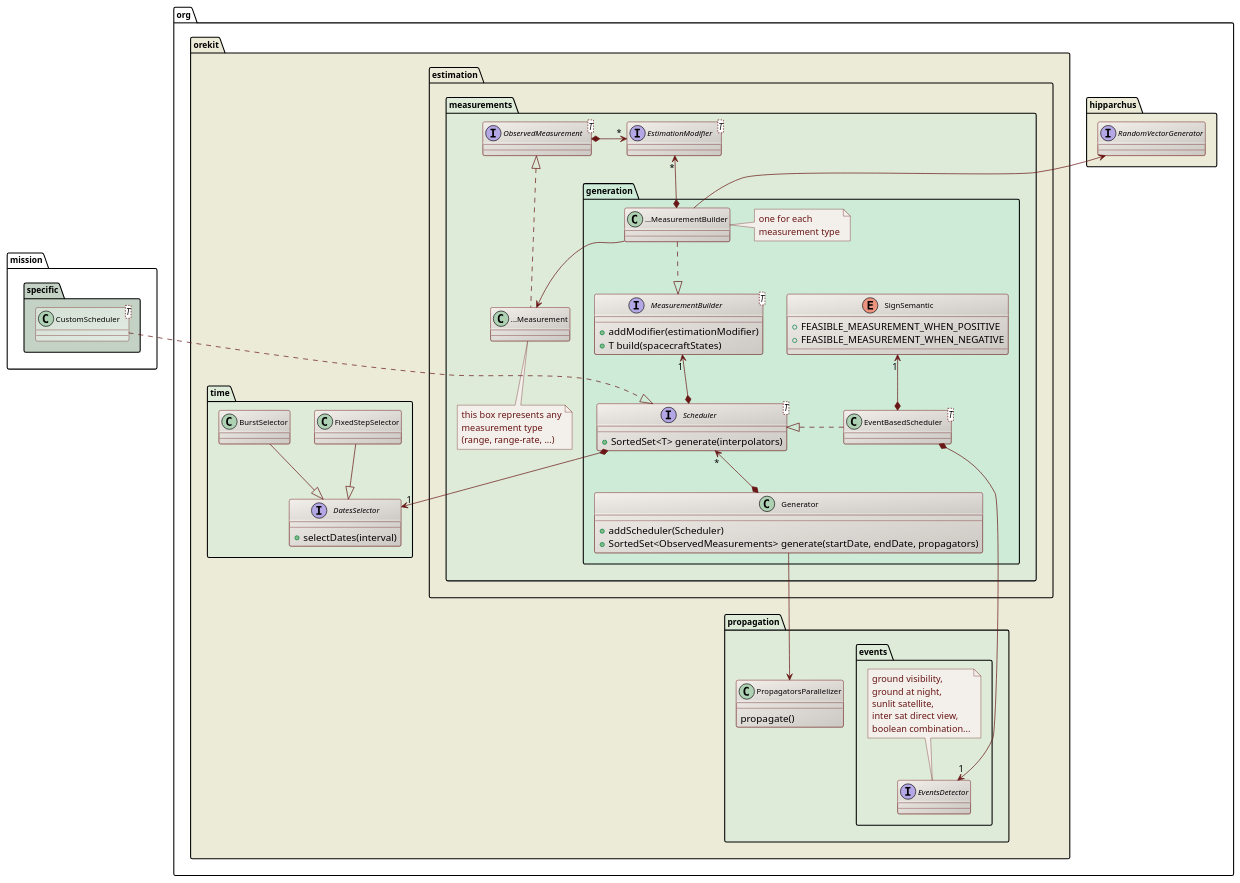
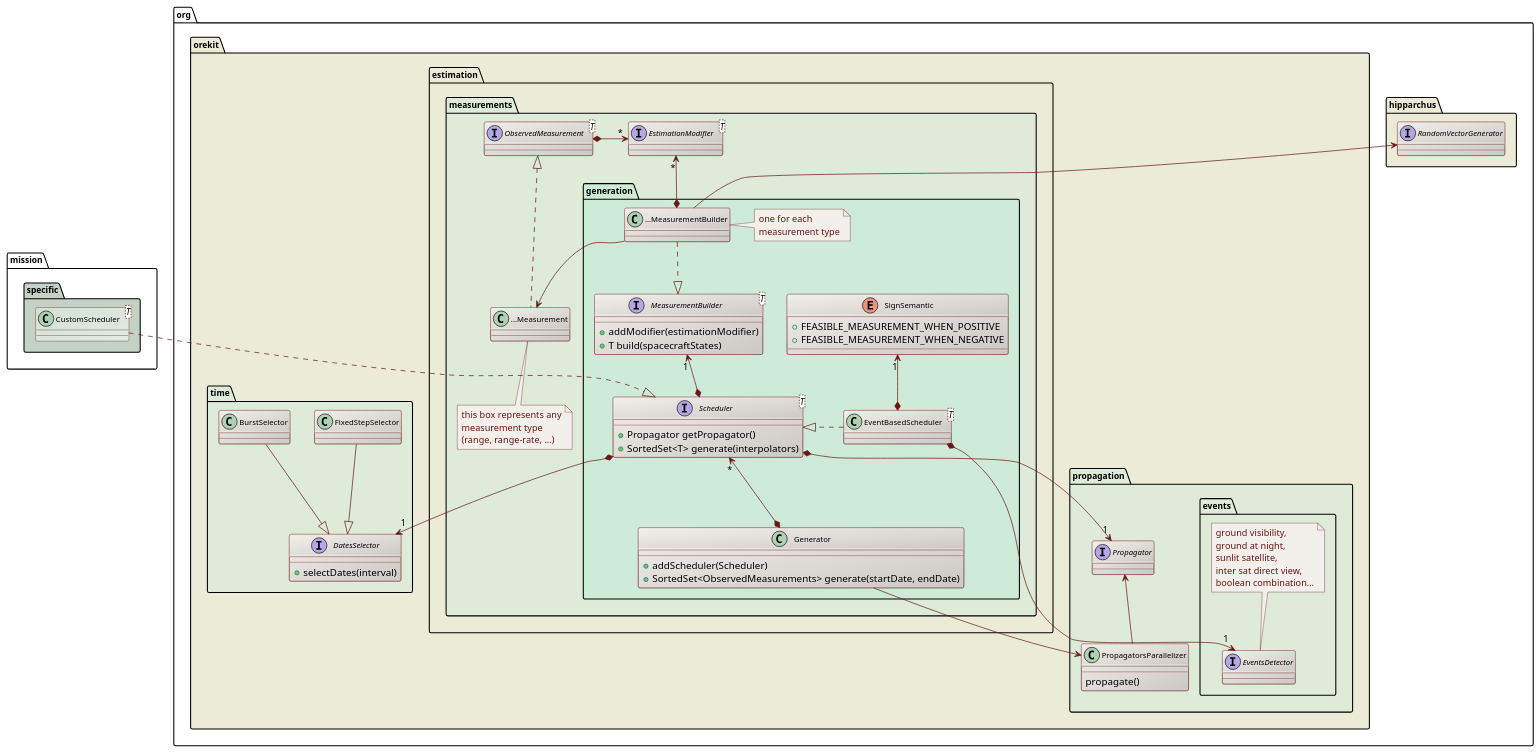
One commit to CS-SI/Orekit changed the diagram in src/design/measurements-generation-class-diagram.puml. Above: the diagram before and after it, drawn with PlantUML. The commit also changed 4 other files, not shown here.

```diff
--- a/src/design/measurements-generation-class-diagram.puml
+++ b/src/design/measurements-generation-class-diagram.puml
@@ -17,114 +17,118 @@
 @startuml
 
   skinparam svek                  true
   skinparam ClassBackgroundColor  #F3EFEB/CCC9C5
   skinparam ClassArrowColor       #691616
   skinparam ClassBorderColor      #691616
   skinparam NoteBackgroundColor   #F3EFEB
   skinparam NoteBorderColor       #691616
   skinparam NoteFontColor         #691616
   skinparam ClassFontSize         11
   skinparam PackageFontSize       12
 
   package org.hipparchus #ECEBD8 {
       interface RandomVectorGenerator
   }
 
   package org.orekit #ECEBD8 {
 
     package propagation.events #DDEBD8 {
       interface EventsDetector
       note top
         ground visibility,
         ground at night,
         sunlit satellite,
         inter sat direct view,
         boolean combination...
       end note
     }
     package estimation.measurements #DDEBD8 {
 
       package generation #CEEBD8 {
 
         interface "MeasurementBuilder<T>" as MeasurementBuilder_T_ {
           +addModifier(estimationModifier)
           +T build(spacecraftStates)
          }
 
         class "...MeasurementBuilder" as XXXMeasurementBuilder
         note right
           one for each
           measurement type
         end note
 
         class Generator {
           +addScheduler(Scheduler)
-          +SortedSet<ObservedMeasurements> generate(startDate, endDate, propagators)
+          +SortedSet<ObservedMeasurements> generate(startDate, endDate)
         }
 
         enum SignSemantic {
           +FEASIBLE_MEASUREMENT_WHEN_POSITIVE
           +FEASIBLE_MEASUREMENT_WHEN_NEGATIVE
         }
         class "EventBasedScheduler<T>" as EventBasedScheduler_T_
 
         interface "Scheduler<T>" as Scheduler_T_ {
+          +Propagator getPropagator()
           +SortedSet<T> generate(interpolators)
         }
 
         XXXMeasurementBuilder       ..|>          MeasurementBuilder_T_
         MeasurementBuilder_T_ "1" <--* Scheduler_T_
         XXXMeasurementBuilder -up-> RandomVectorGenerator
         SignSemantic "1" <--* EventBasedScheduler_T_
         Scheduler_T_ <|.left. EventBasedScheduler_T_
         Scheduler_T_ "*" <--* Generator
   
         EventBasedScheduler_T_ *-right-> "1" EventsDetector
       }
 
       interface "EstimationModifier<T>" as EstimationModifier_T_
       interface "ObservedMeasurement<T>" as ObservedMeasurement_T_
       class "...Measurement" as XXXMeasurement
       note bottom
         this box represents any
         measurement type
         (range, range-rate, ...)
       end note
 
  
       EstimationModifier_T_  "*" <-left-*          ObservedMeasurement_T_ 
       ObservedMeasurement_T_     <|..          XXXMeasurement
       XXXMeasurementBuilder       -->          XXXMeasurement
       EstimationModifier_T_ "*" <--* XXXMeasurementBuilder 
 
     }
 
 
     package propagation #DDEBD8 {
+    interface Propagator
       class PropagatorsParallelizer {
         propagate()
       }
       Generator --> PropagatorsParallelizer
+      Scheduler_T_ *--> "1" Propagator
+      Propagator <-- PropagatorsParallelizer
     }
 
     package time #DDEBD8 {
         class FixedStepSelector
         class BurstSelector
         interface DatesSelector {
           +selectDates(interval)
         }
 
 
         FixedStepSelector --|> DatesSelector
         BurstSelector --|> DatesSelector
         Scheduler_T_ *--> "1" DatesSelector
     }
 
   }
 
   package mission.specific #C4D2C5 {
     class "CustomScheduler<T>" as CustomScheduler_T_ #D5E0D5/E2EBE2
     Scheduler_T_ <|.up. CustomScheduler_T_
   }
 
 @enduml
```
